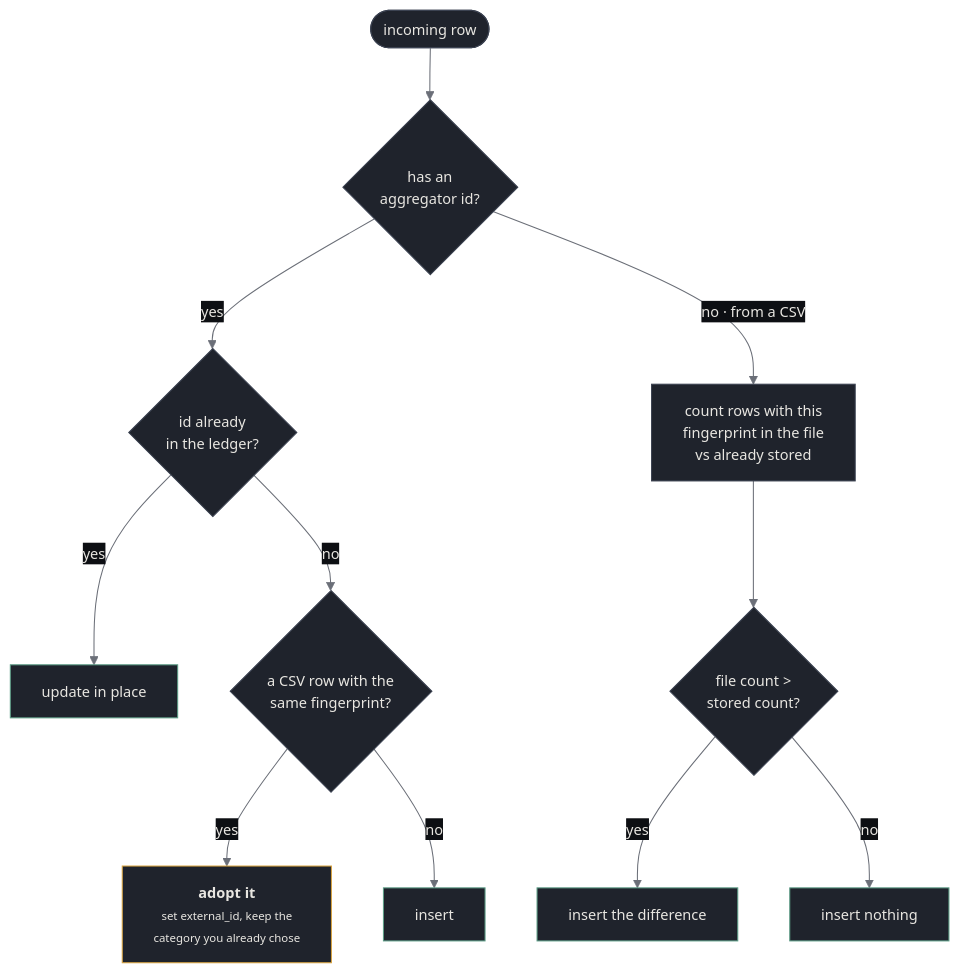
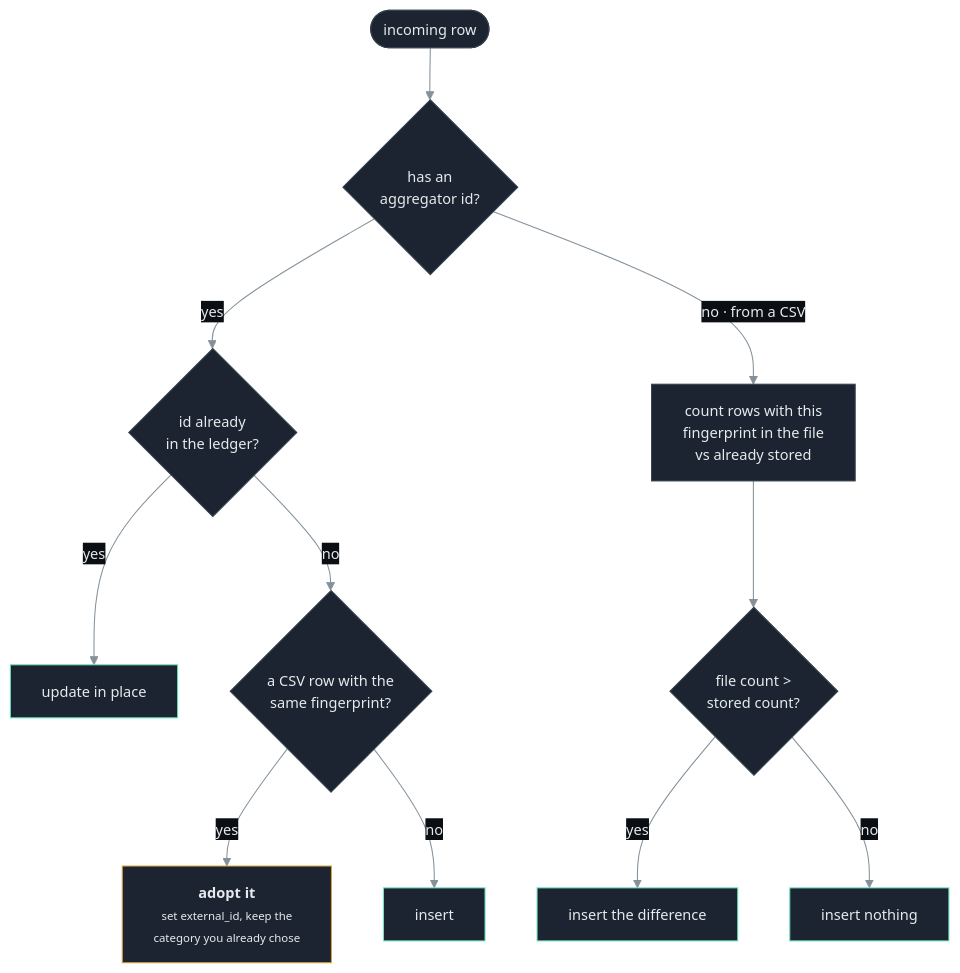
The second of 2 diagrams in docs/architecture/data-flow.md (aryamanram/personal-finance-manager), drawn with Mermaid before and after one commit. The commit also changed other lines of this file and 8 other files, not shown here.

````diff
--- a/docs/architecture/data-flow.md
+++ b/docs/architecture/data-flow.md
@@ -71,27 +71,27 @@
 ```mermaid
 %%{init: {'theme':'base','themeVariables':{
   'background':'transparent',
-  'primaryColor':'#1f232c','primaryTextColor':'#e8e6e1','primaryBorderColor':'#3a4150',
-  'lineColor':'#6b6f78','secondaryColor':'#171a21','tertiaryColor':'#12141a',
-  'clusterBkg':'#12141a','clusterBorder':'#2a2f3a',
-  'edgeLabelBackground':'#0d0f13','fontSize':'14px'
+  'primaryColor':'#1b2430','primaryTextColor':'#e6eaec','primaryBorderColor':'#34424f',
+  'lineColor':'#84919a','secondaryColor':'#131922','tertiaryColor':'#0f141b',
+  'clusterBkg':'#0f141b','clusterBorder':'#25303e',
+  'edgeLabelBackground':'#0b0f14','fontSize':'14px'
 }}}%%
 flowchart TB
     start(["incoming row"]) --> hasext{"has an<br/>aggregator id?"}
 
     hasext -->|yes| known{"id already<br/>in the ledger?"}
     known -->|yes| update["update in place"]
     known -->|no| adopt{"a CSV row with the<br/>same fingerprint?"}
     adopt -->|yes| claim["<b>adopt it</b><br/><span style='font-size:11px'>set external_id, keep the<br/>category you already chose</span>"]
     adopt -->|no| ins1["insert"]
 
     hasext -->|"no · from a CSV"| count["count rows with this<br/>fingerprint in the file<br/>vs already stored"]
     count --> delta{"file count ><br/>stored count?"}
     delta -->|yes| ins2["insert the difference"]
     delta -->|no| nothing["insert nothing"]
 
-    classDef act fill:#1f232c,stroke:#5b9c85,color:#e8e6e1
-    classDef imp fill:#1f232c,stroke:#d9a441,color:#e8e6e1
+    classDef act fill:#1b2430,stroke:#6ee7c0,color:#e6eaec
+    classDef imp fill:#1b2430,stroke:#d9a441,color:#e6eaec
     class update,ins1,ins2,nothing act
     class claim imp
 ```
````
